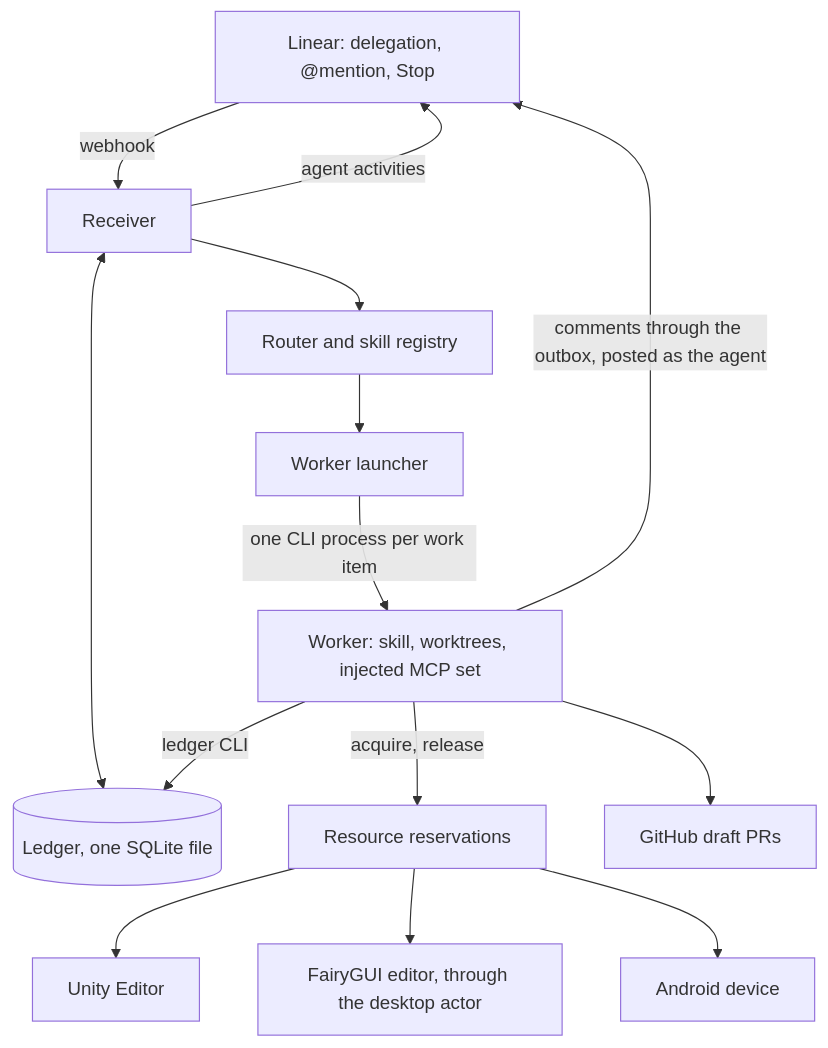
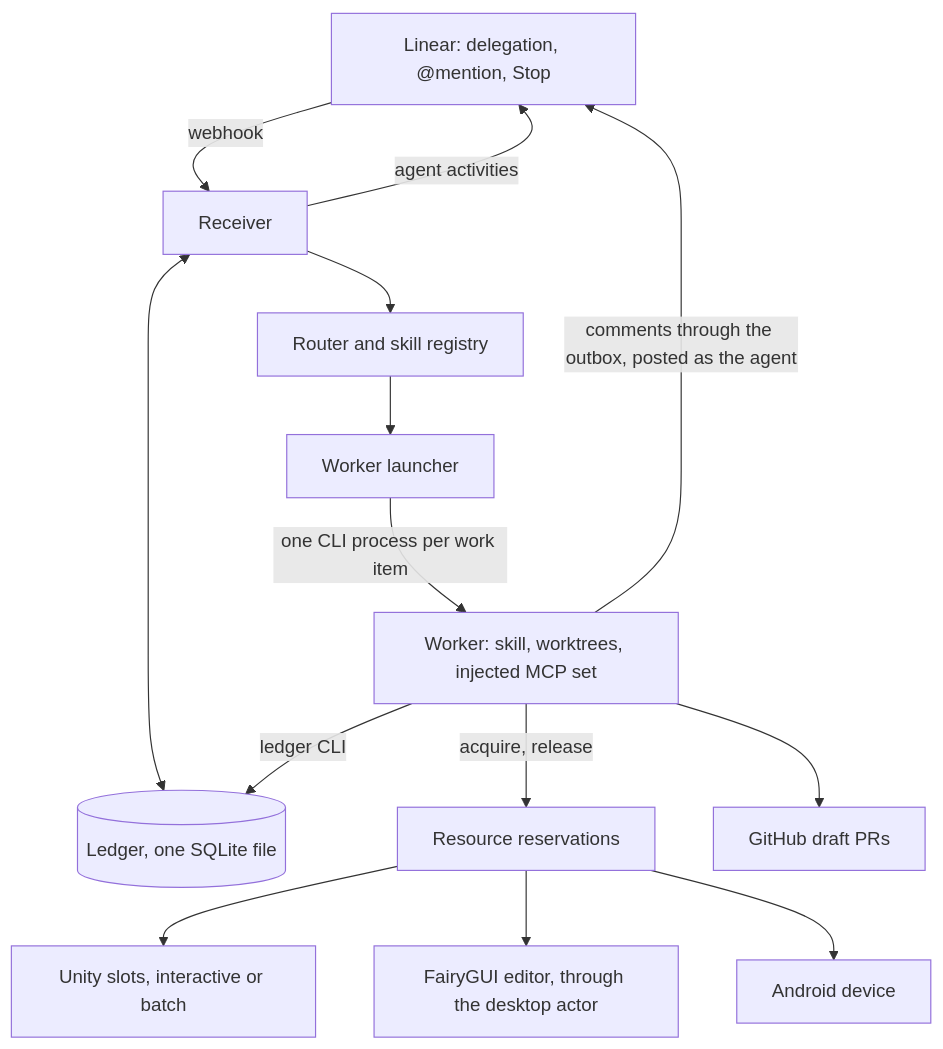
Before and after one commit to Kuaiwa-Network/farm-linear-agent: the diagram in docs/superpowers/specs/2026-09-17-farm-linear-agent-design.md, drawn with Mermaid. The commit also changed other lines of this file, not shown here.

First line of the commit message:
docs: Unity slot pool replaces the single Editor reservation

````diff
--- a/docs/superpowers/specs/2026-09-17-farm-linear-agent-design.md
+++ b/docs/superpowers/specs/2026-09-17-farm-linear-agent-design.md
@@ -60,16 +61,16 @@
 ```mermaid
 flowchart TD
     L[Linear: delegation, @mention, Stop] -->|webhook| R[Receiver]
     R <--> D[(Ledger, one SQLite file)]
     R --> RT[Router and skill registry]
     RT --> LA[Worker launcher]
     LA -->|one CLI process per work item| W[Worker: skill, worktrees, injected MCP set]
     W -->|ledger CLI| D
     W -->|acquire, release| RES[Resource reservations]
-    RES --> U[Unity Editor]
+    RES --> U[Unity slots, interactive or batch]
     RES --> F[FairyGUI editor, through the desktop actor]
     RES --> A[Android device]
     W --> G[GitHub draft PRs]
     R -->|agent activities| L
     W -->|comments through the outbox, posted as the agent| L
 ```
````
